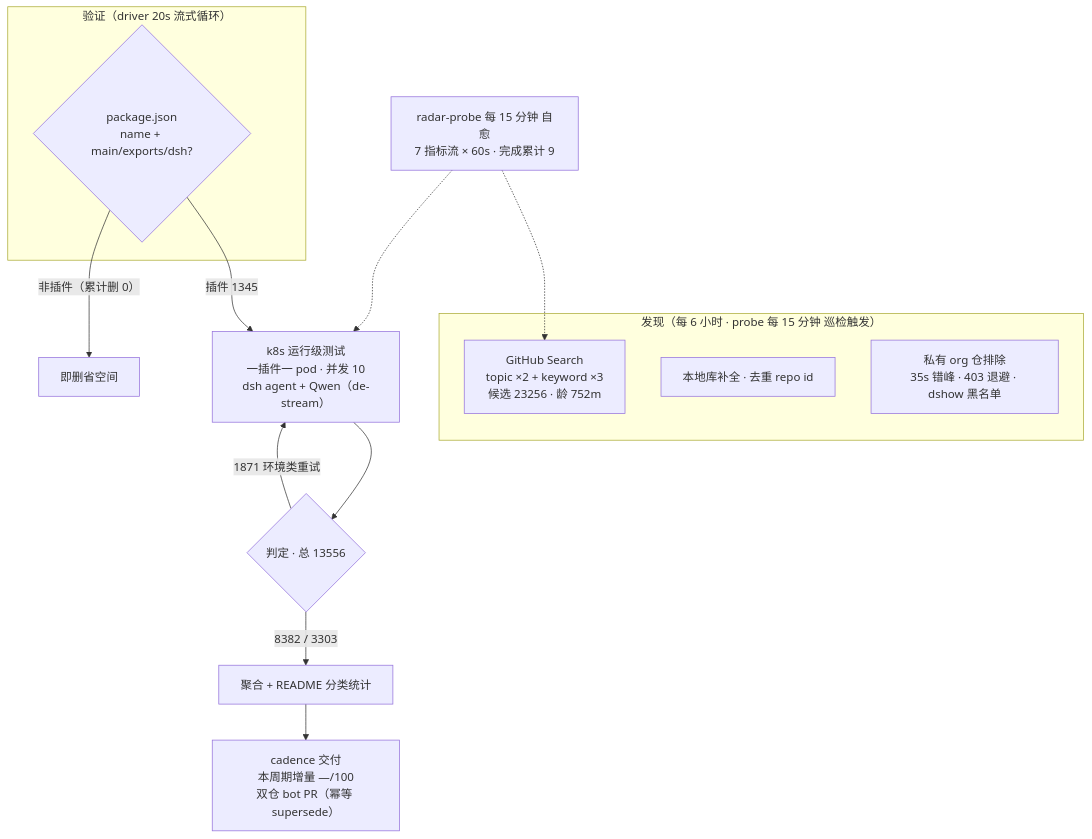
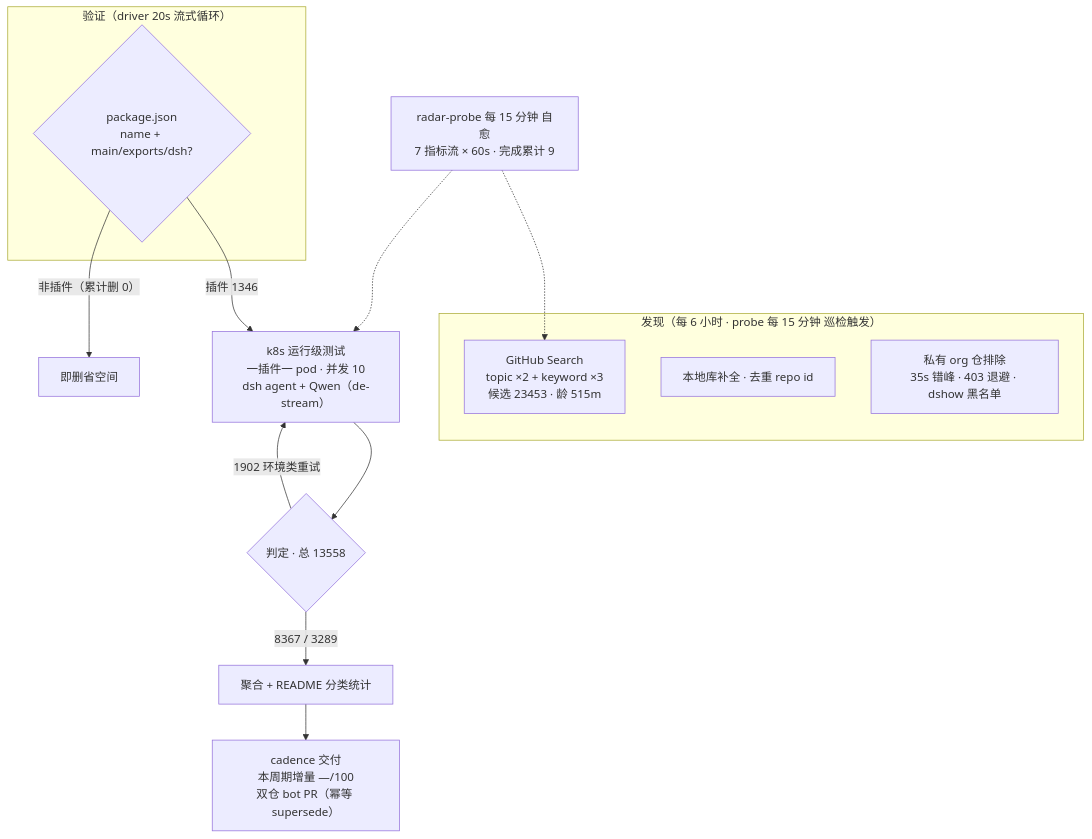
Before and after one commit to AdamPlatin123/dsh-plugin-radar: the diagram in README.md, drawn with Mermaid. The commit also changed other lines of this file and 17 other files, not shown here.

````diff
--- a/README.md
+++ b/README.md
@@ -82,20 +84,20 @@
 ```mermaid
 flowchart TB
     subgraph Discovery["发现（每 6 小时 · probe 每 15 分钟 巡检触发）"]
-        A1["GitHub Search<br/>topic ×2 + keyword ×3<br/>候选 23256 · 龄 752m"]
+        A1["GitHub Search<br/>topic ×2 + keyword ×3<br/>候选 23453 · 龄 515m"]
         A2["本地库补全 · 去重 repo id"]
         A3["私有 org 仓排除<br/>35s 错峰 · 403 退避 · dshow 黑名单"]
     end
     subgraph Validation["验证（driver 20s 流式循环）"]
         B1{"package.json<br/>name + main/exports/dsh?"}
     end
-    B1 -->|"插件 1345"| C1["k8s 运行级测试<br/>一插件一 pod · 并发 10<br/>dsh agent + Qwen（de-stream）"]
+    B1 -->|"插件 1346"| C1["k8s 运行级测试<br/>一插件一 pod · 并发 10<br/>dsh agent + Qwen（de-stream）"]
     B1 -->|"非插件（累计删 0）"| B3["即删省空间"]
-    C1 --> D1{"判定 · 总 13556"}
-    D1 -->|"8382 / 3303"| E1["聚合 + README 分类统计"]
-    D1 -->|"1871 环境类重试"| C1
+    C1 --> D1{"判定 · 总 13558"}
+    D1 -->|"8367 / 3289"| E1["聚合 + README 分类统计"]
+    D1 -->|"1902 环境类重试"| C1
     E1 --> E2["cadence 交付<br/>本周期增量 —/100<br/>双仓 bot PR（幂等 supersede）"]
     M["radar-probe 每 15 分钟 自愈<br/>7 指标流 × 60s · 完成累计 9"]
     M -.-> A1
     M -.-> C1
 ```
````
